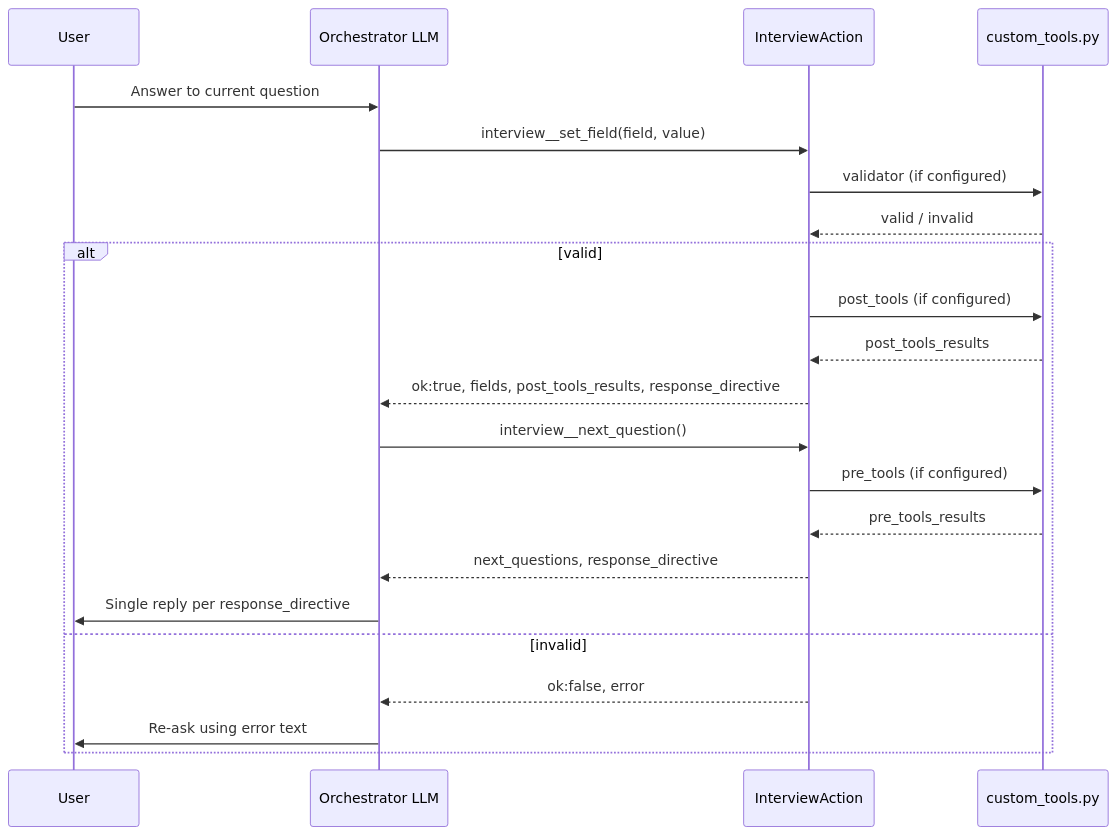
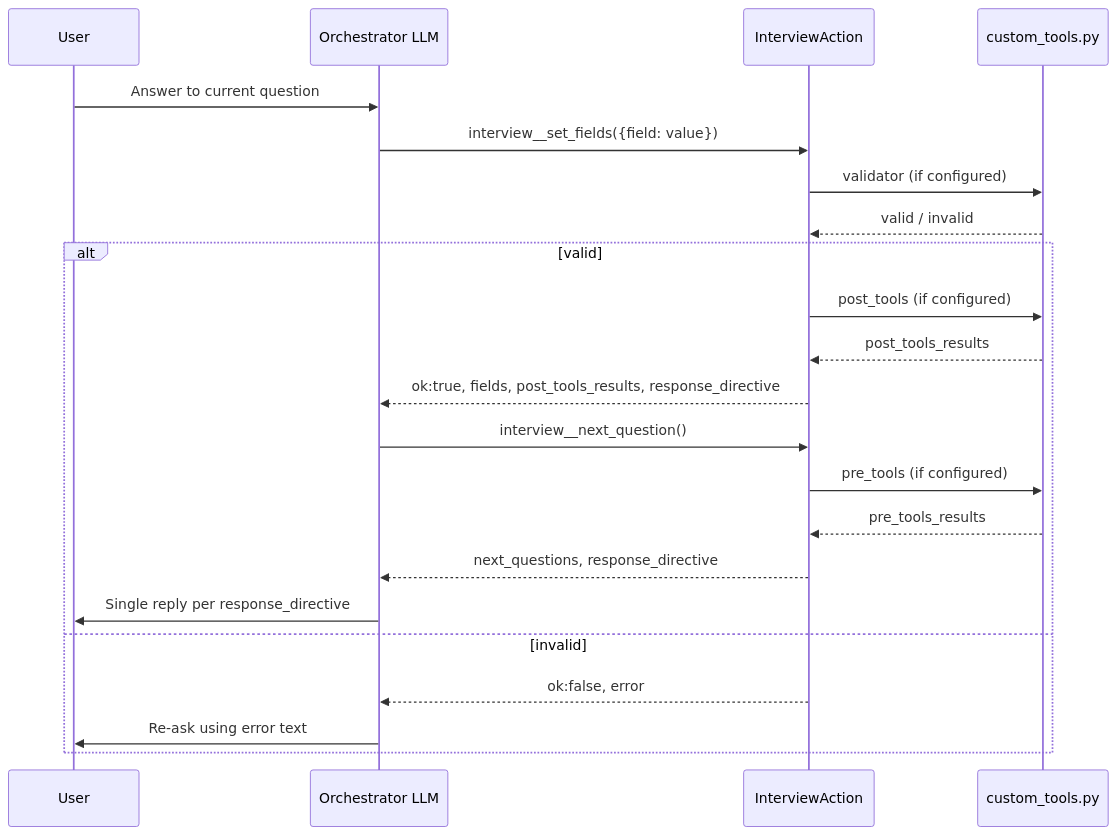
Before and after one commit to TrueSelph/jvagent: the diagram in jvagent/action/interview_action/docs/multi-turn-flow.md, drawn with Mermaid. The commit also changed other lines of this file and 78 other files, not shown here.

````diff
--- a/jvagent/action/interview_action/docs/multi-turn-flow.md
+++ b/jvagent/action/interview_action/docs/multi-turn-flow.md
@@ -57,25 +66,25 @@
 ```mermaid
 sequenceDiagram
     participant U as User
     participant O as Orchestrator LLM
     participant IA as InterviewAction
     participant H as custom_tools.py
 
     U->>O: Answer to current question
-    O->>IA: interview__set_field(field, value)
+    O->>IA: interview__set_fields({field: value})
     IA->>H: validator (if configured)
     H-->>IA: valid / invalid
     alt valid
         IA->>H: post_tools (if configured)
         H-->>IA: post_tools_results
         IA-->>O: ok:true, fields, post_tools_results, response_directive
         O->>IA: interview__next_question()
         IA->>H: pre_tools (if configured)
         H-->>IA: pre_tools_results
         IA-->>O: next_questions, response_directive
         O->>U: Single reply per response_directive
     else invalid
         IA-->>O: ok:false, error
         O->>U: Re-ask using error text
     end
 ```
````
